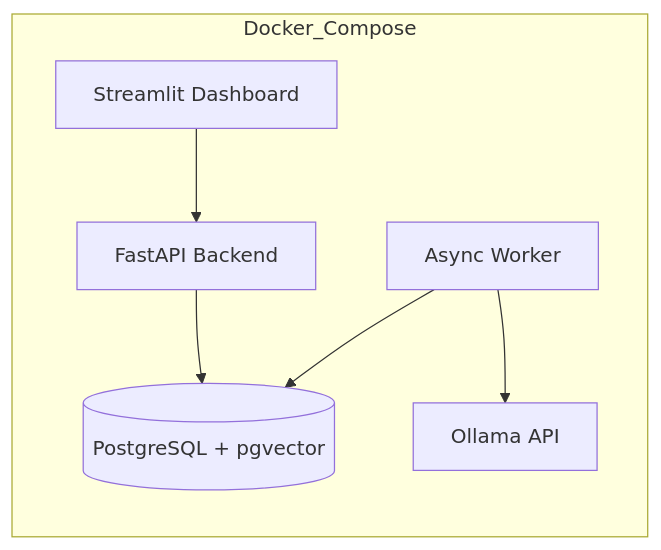
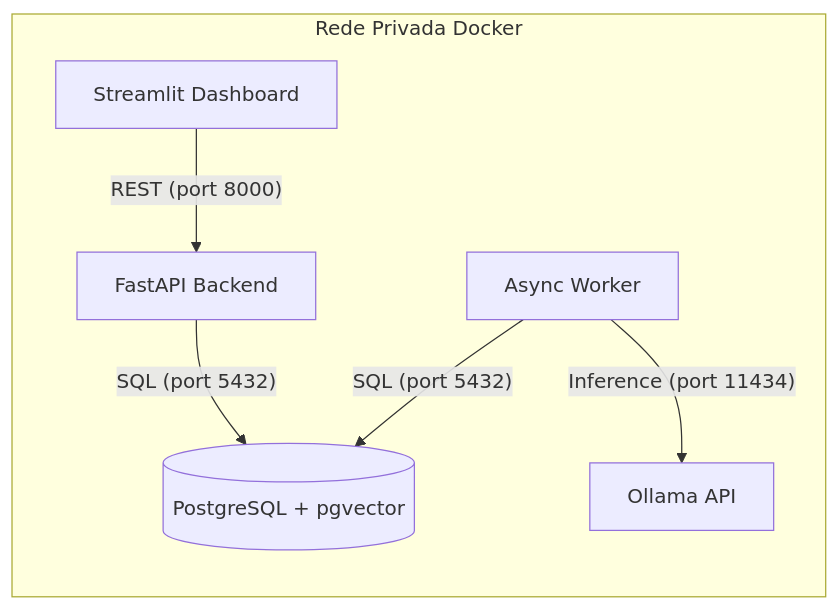
One commit to manoel-roberto/lab_scrapy changed the second of 2 diagrams in ARCHITECTURE.md. Above: the diagram before and after it, drawn with Mermaid. The commit also changed other lines of this file and 2 other files, not shown here.

Commit message:
docs: modernize onboarding and deployment to Docker-first approach

````diff
--- a/ARCHITECTURE.md
+++ b/ARCHITECTURE.md
@@ -59,15 +69,15 @@
 ```mermaid
 graph LR
-    subgraph Docker_Compose
+    subgraph Docker_Network [Rede Privada Docker]
         DB[(PostgreSQL + pgvector)]
         OL[Ollama API]
         API[FastAPI Backend]
         WK[Async Worker]
         UI[Streamlit Dashboard]
     end
-
-    WK --> DB
-    WK --> OL
-    API --> DB
-    UI --> API
+ 
+    WK -- "SQL (port 5432)" --> DB
+    WK -- "Inference (port 11434)" --> OL
+    API -- "SQL (port 5432)" --> DB
+    UI -- "REST (port 8000)" --> API
 ```
````
